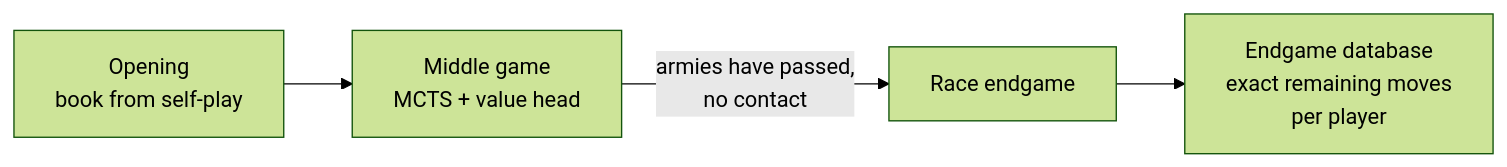
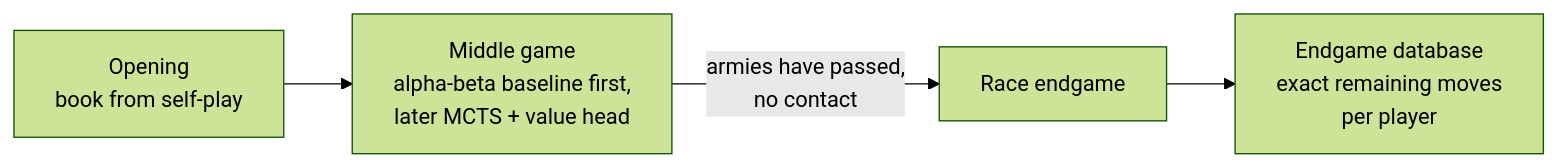
One commit to geggo98/marble-lantern changed the diagram in docs/endgame-and-opening.md. Above: the diagram before and after it, drawn with Mermaid (forest theme). The commit also changed other lines of this file and 5 other files, not shown here.

````diff
--- a/docs/endgame-and-opening.md
+++ b/docs/endgame-and-opening.md
@@ -51,6 +53,6 @@
 ```mermaid
 flowchart LR
-    O[Opening<br/>book from self-play] --> M[Middle game<br/>MCTS + value head]
+    O[Opening<br/>book from self-play] --> M[Middle game<br/>alpha-beta baseline first,<br/>later MCTS + value head]
     M -->|armies have passed,<br/>no contact| R[Race endgame]
     R --> D[Endgame database<br/>exact remaining moves<br/>per player]
 ```
````
